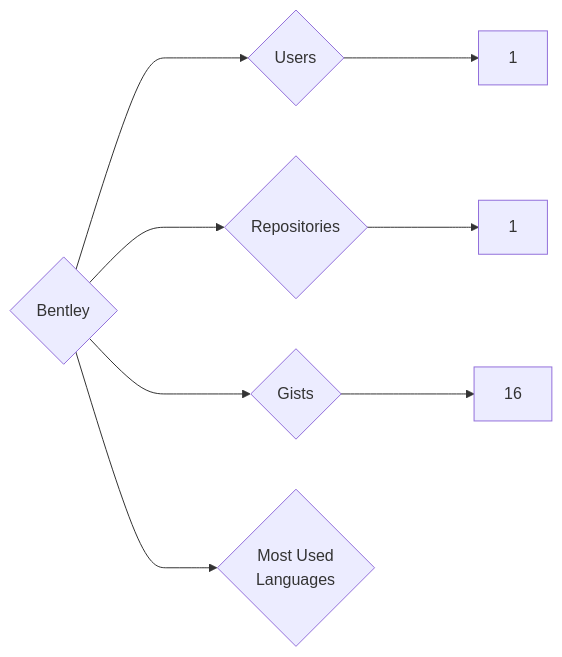
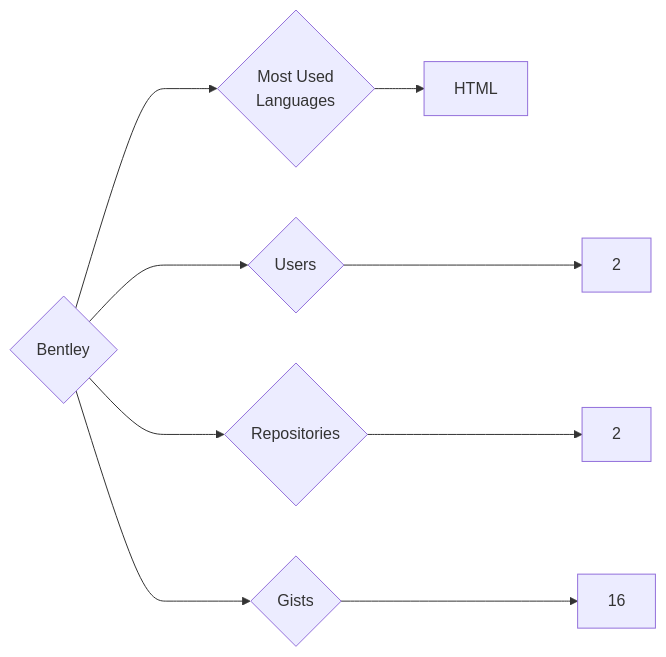
One commit to trickest/insiders changed the diagram in targets/Bentley/README.md. Above: the diagram before and after it, drawn with Mermaid. The commit also changed 721 other files, not shown here.

````diff
--- a/targets/Bentley/README.md
+++ b/targets/Bentley/README.md
@@ -3,8 +3,9 @@
 ```mermaid
 graph LR
 COMPANY_NAME{Bentley}
-COMPANY_NAME ---> U{Users} ---> UN[1]
-COMPANY_NAME ---> R{Repositories} ---> RN[1]
+COMPANY_NAME ---> U{Users} ---> UN[2]
+COMPANY_NAME ---> R{Repositories} ---> RN[2]
 COMPANY_NAME ---> G{Gists} ---> GN[16]
 COMPANY_NAME ---> ML{Most Used<br>Languages}
+ML --> HTML[HTML]
 ```
````
